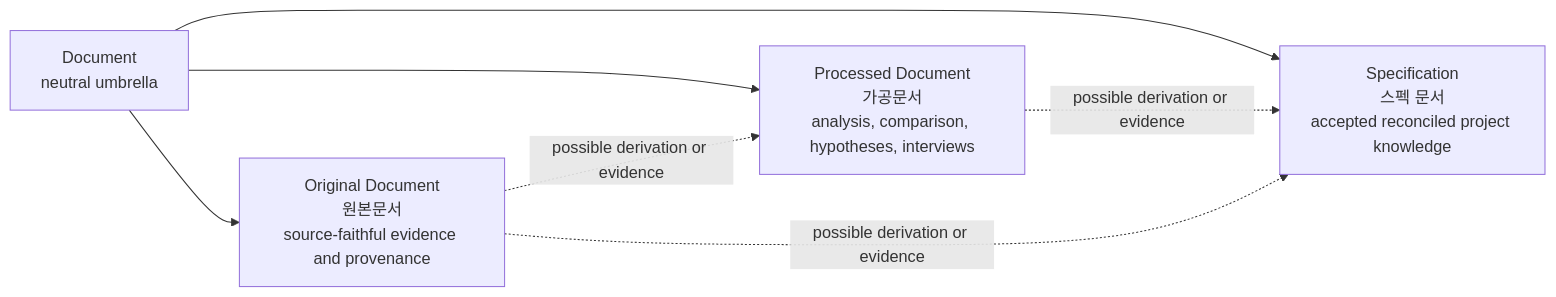
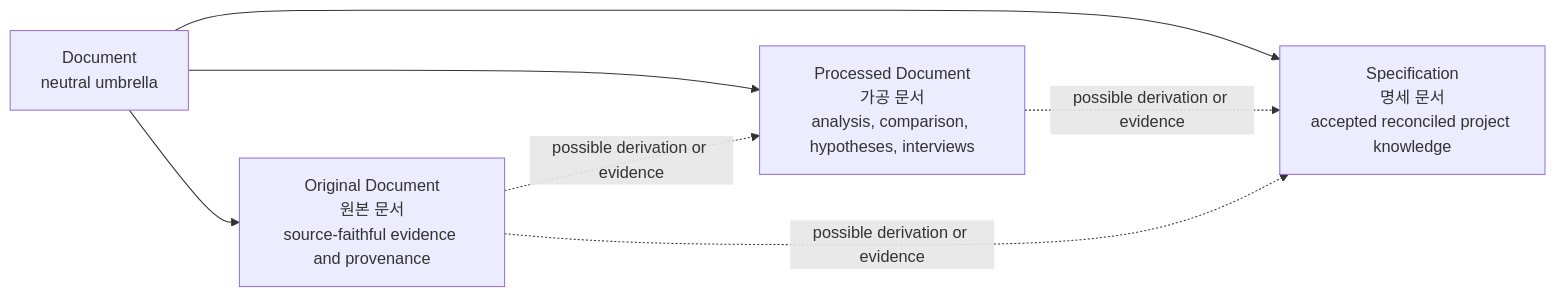
The first of 9 diagrams in skills/convention/references/diagrams.md (KoreanLeeChangHyun/agent-factory-codex-plugin), drawn with Mermaid before and after one commit. The commit also changed other lines of this file and 19 other files, not shown here.

````diff
--- a/skills/convention/references/diagrams.md
+++ b/skills/convention/references/diagrams.md
@@ -35,15 +35,15 @@
 ```mermaid
 flowchart LR
     accTitle: Agent Factory Document types
     accDescr: Document is the neutral umbrella for Original, Processed, and Specification Documents; the conceptual ordering shows only optional provenance relationships that may be absent or have any cardinality.
     D[Document<br/>neutral umbrella]
-    O[Original Document<br/>원본문서<br/>source-faithful evidence and provenance]
-    P[Processed Document<br/>가공문서<br/>analysis, comparison, hypotheses, interviews]
-    S[Specification<br/>스펙 문서<br/>accepted reconciled project knowledge]
+    O[Original Document<br/>원본 문서<br/>source-faithful evidence and provenance]
+    P[Processed Document<br/>가공 문서<br/>analysis, comparison, hypotheses, interviews]
+    S[Specification<br/>명세 문서<br/>accepted reconciled project knowledge]
     D --> O
     D --> P
     D --> S
     O -. possible derivation or evidence .-> P
     P -. possible derivation or evidence .-> S
     O -. possible derivation or evidence .-> S
 ```
````
